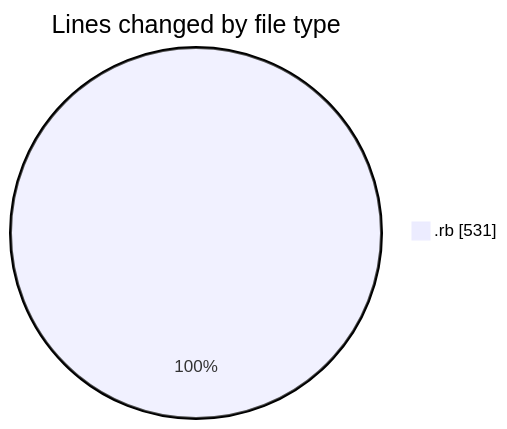
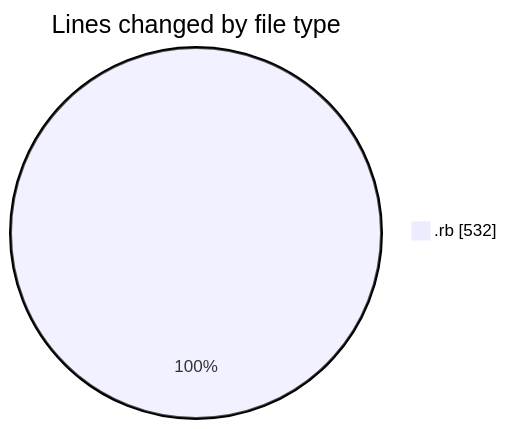
The first of 2 diagrams in 2025-06-18/app__container_registration-app__calm-app__/README.md (seballot/code-tracking), drawn with Mermaid before and after one commit. The commit also changed other lines of this file and 1 other file, not shown here.

````diff
--- a/2025-06-18/app__container_registration-app__calm-app__/README.md
+++ b/2025-06-18/app__container_registration-app__calm-app__/README.md
@@ -20,5 +20,5 @@
 ```mermaid
 pie showData
 title Lines changed by file type
-".rb" : 531
+".rb" : 532
 ```
````
